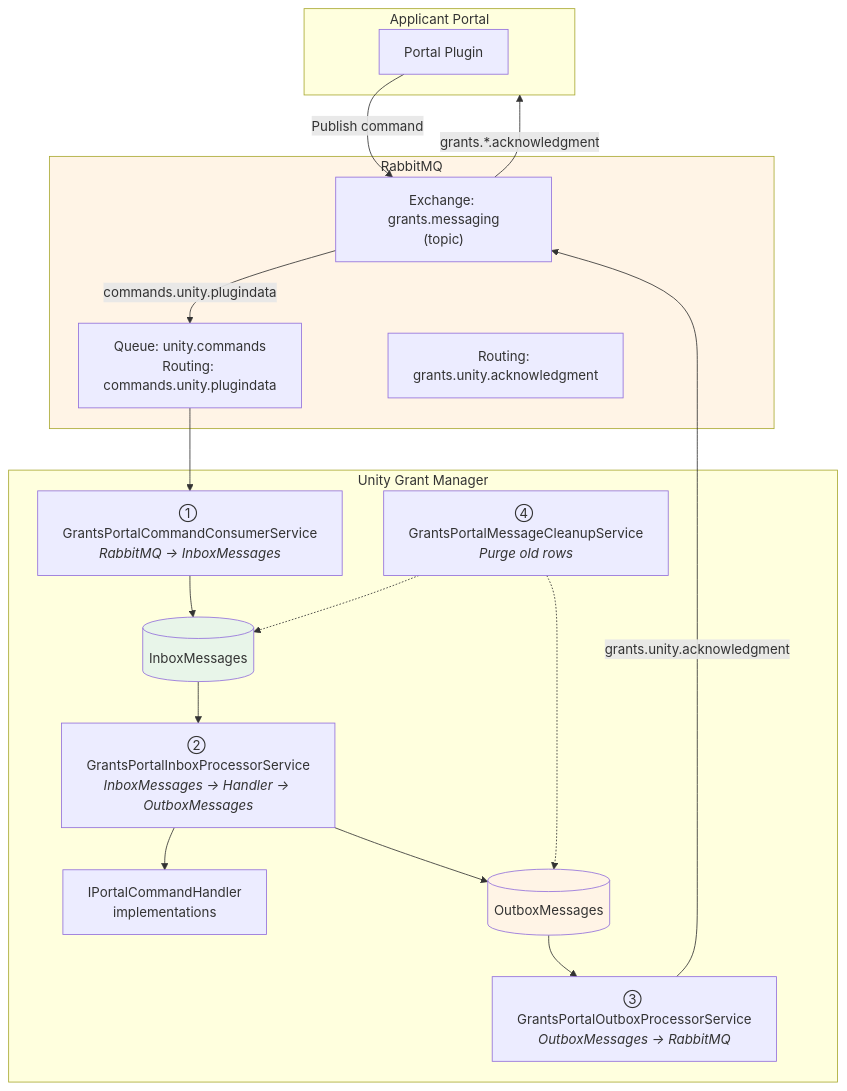
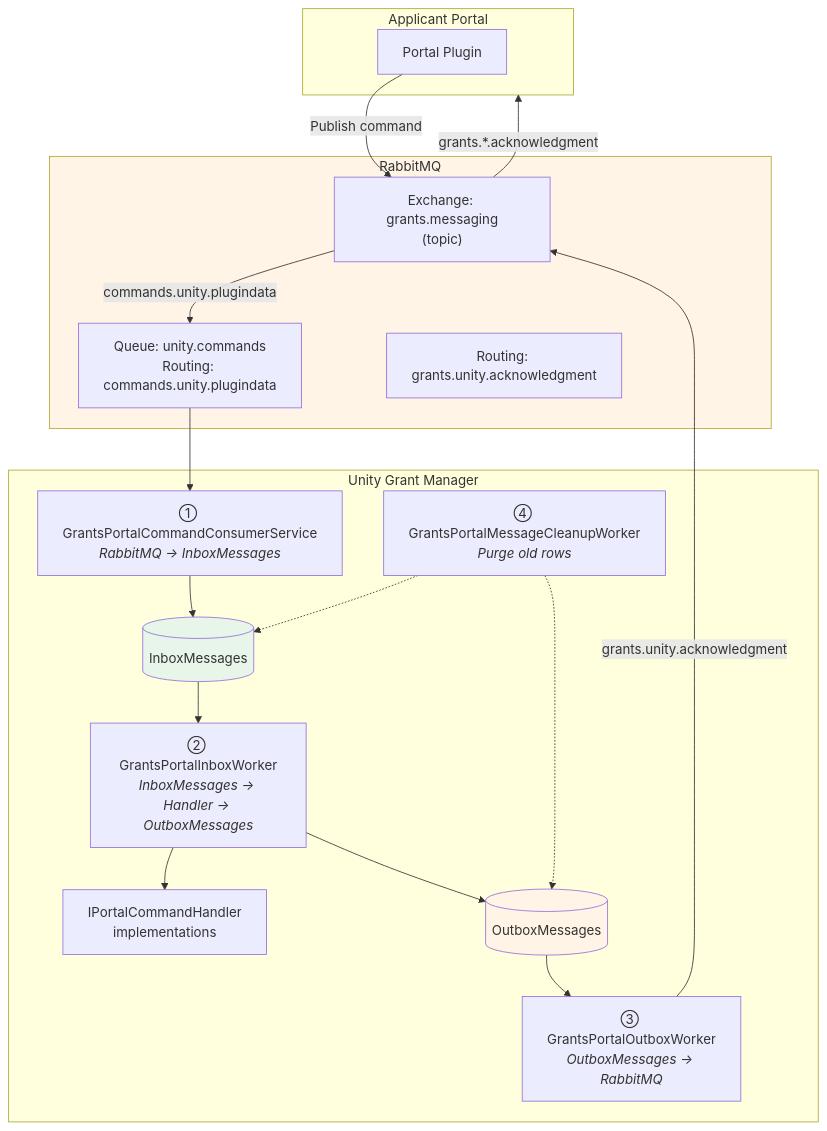
The first of 2 diagrams in applications/Unity.GrantManager/documentation/applicant-portal/grants-portal-rabbitmq-integration.md (bcgov/Unity), drawn with Mermaid before and after one commit. The commit also changed other lines of this file and 40 other files, not shown here.

Commit message:
AB#31677 abstract base for inbox/outbox

````diff
--- a/applications/Unity.GrantManager/documentation/applicant-portal/grants-portal-rabbitmq-integration.md
+++ b/applications/Unity.GrantManager/documentation/applicant-portal/grants-portal-rabbitmq-integration.md
@@ -15,39 +15,39 @@
 ```mermaid
 graph TB
     subgraph Portal["Applicant Portal"]
         PP["Portal Plugin"]
     end
 
     subgraph Broker["RabbitMQ"]
         EX["Exchange: grants.messaging<br/>(topic)"]
         QI["Queue: unity.commands<br/>Routing: commands.unity.plugindata"]
         QA["Routing: grants.unity.acknowledgment"]
     end
 
     subgraph Unity["Unity Grant Manager"]
         S1["① GrantsPortalCommandConsumerService<br/><i>RabbitMQ → InboxMessages</i>"]
         IT[(InboxMessages)]
-        S2["② GrantsPortalInboxProcessorService<br/><i>InboxMessages → Handler → OutboxMessages</i>"]
+        S2["② GrantsPortalInboxWorker<br/><i>InboxMessages → Handler → OutboxMessages</i>"]
         H["IPortalCommandHandler<br/>implementations"]
         OT[(OutboxMessages)]
-        S3["③ GrantsPortalOutboxProcessorService<br/><i>OutboxMessages → RabbitMQ</i>"]
-        S4["④ GrantsPortalMessageCleanupService<br/><i>Purge old rows</i>"]
+        S3["③ GrantsPortalOutboxWorker<br/><i>OutboxMessages → RabbitMQ</i>"]
+        S4["④ GrantsPortalMessageCleanupWorker<br/><i>Purge old rows</i>"]
     end
 
     PP -->|"Publish command"| EX
     EX -->|"commands.unity.plugindata"| QI
     QI --> S1
     S1 --> IT
     IT --> S2
     S2 --> H
     S2 --> OT
     OT --> S3
     S3 -->|"grants.unity.acknowledgment"| EX
     EX -->|"grants.*.acknowledgment"| Portal
     S4 -.-> IT
     S4 -.-> OT
 
     style IT fill:#e8f5e9
     style OT fill:#fff4e6
     style Broker fill:#fff4e6
 ```
````
